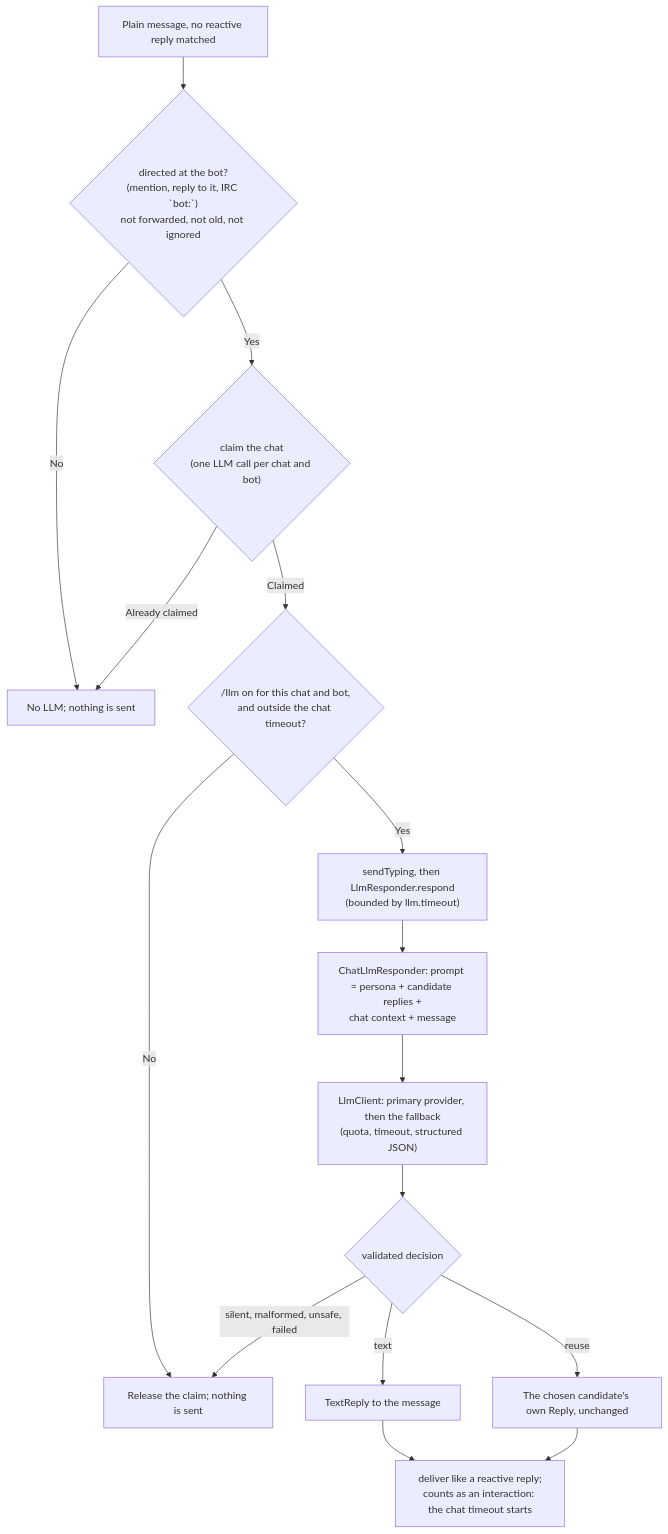
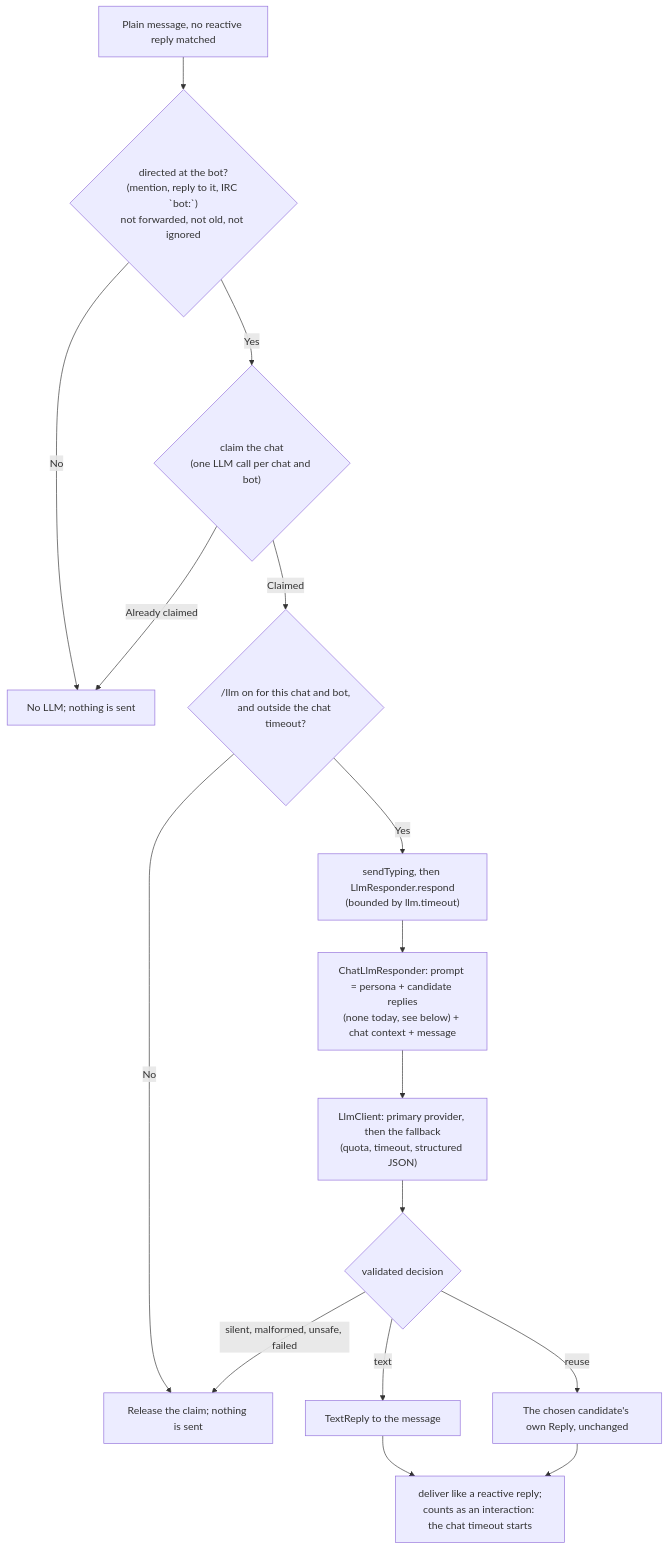
One commit to benkio/sBots changed the third of 7 diagrams in docs/bot-logic-overview.md. Above: the diagram before and after it, drawn with Mermaid. The commit also changed other lines of this file and 2 other files, not shown here.

Commit message:
docs: the LLM is asked only when nothing matched (no candidates today), memory step budget, both providers in the privacy note

````diff
--- a/docs/bot-logic-overview.md
+++ b/docs/bot-logic-overview.md
@@ -150,18 +150,18 @@
 ```mermaid
 flowchart TD
   A["Plain message, no reactive reply matched"] --> B{"directed at the bot?<br/>(mention, reply to it, IRC `bot:`)<br/>not forwarded, not old, not ignored"}
   B -->|No| Z["No LLM; nothing is sent"]
   B -->|Yes| C{"claim the chat<br/>(one LLM call per chat and bot)"}
   C -->|Already claimed| Z
   C -->|Claimed| D{"/llm on for this chat and bot,<br/>and outside the chat timeout?"}
   D -->|No| Y["Release the claim; nothing is sent"]
   D -->|Yes| E["sendTyping, then LlmResponder.respond<br/>(bounded by llm.timeout)"]
-  E --> F["ChatLlmResponder: prompt = persona + candidate replies +<br/>chat context + message"]
+  E --> F["ChatLlmResponder: prompt = persona + candidate replies<br/>(none today, see below) + chat context + message"]
   F --> G["LlmClient: primary provider, then the fallback<br/>(quota, timeout, structured JSON)"]
   G --> H{"validated decision"}
   H -->|text| I["TextReply to the message"]
   H -->|reuse| J["The chosen candidate's own Reply, unchanged"]
   H -->|silent, malformed, unsafe, failed| Y
   I --> K["deliver like a reactive reply;<br/>counts as an interaction: the chat timeout starts"]
   J --> K
 ```
````
